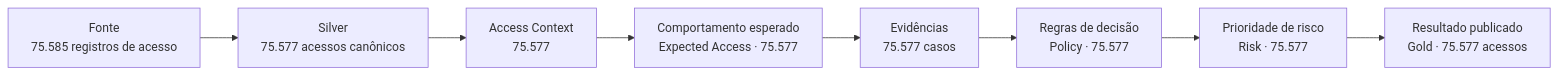
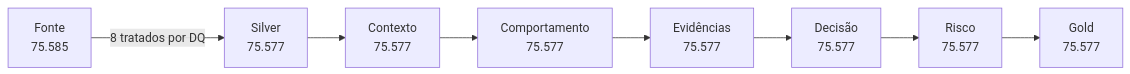
One commit to Lal3x/SoD-Plataform changed the diagram in docs/resultados.md. Above: the diagram before and after it, drawn with Mermaid. The commit also changed other lines of this file and 6 other files, not shown here.

````diff
--- a/docs/resultados.md
+++ b/docs/resultados.md
@@ -30,10 +92,10 @@
 ```mermaid
 flowchart LR
-    A["Fonte<br/>75.585 registros de acesso"] --> B["Silver<br/>75.577 acessos canônicos"]
-    B --> C["Access Context<br/>75.577"]
-    C --> D["Comportamento esperado<br/>Expected Access · 75.577"]
-    D --> E["Evidências<br/>75.577 casos"]
-    E --> F["Regras de decisão<br/>Policy · 75.577"]
-    F --> G["Prioridade de risco<br/>Risk · 75.577"]
-    G --> H["Resultado publicado<br/>Gold · 75.577 acessos"]
+    A["Fonte<br/>75.585"] -->|"8 tratados por DQ"| B["Silver<br/>75.577"]
+    B --> C["Contexto<br/>75.577"]
+    C --> D["Comportamento<br/>75.577"]
+    D --> E["Evidências<br/>75.577"]
+    E --> F["Decisão<br/>75.577"]
+    F --> G["Risco<br/>75.577"]
+    G --> H["Gold<br/>75.577"]
 ```
````
